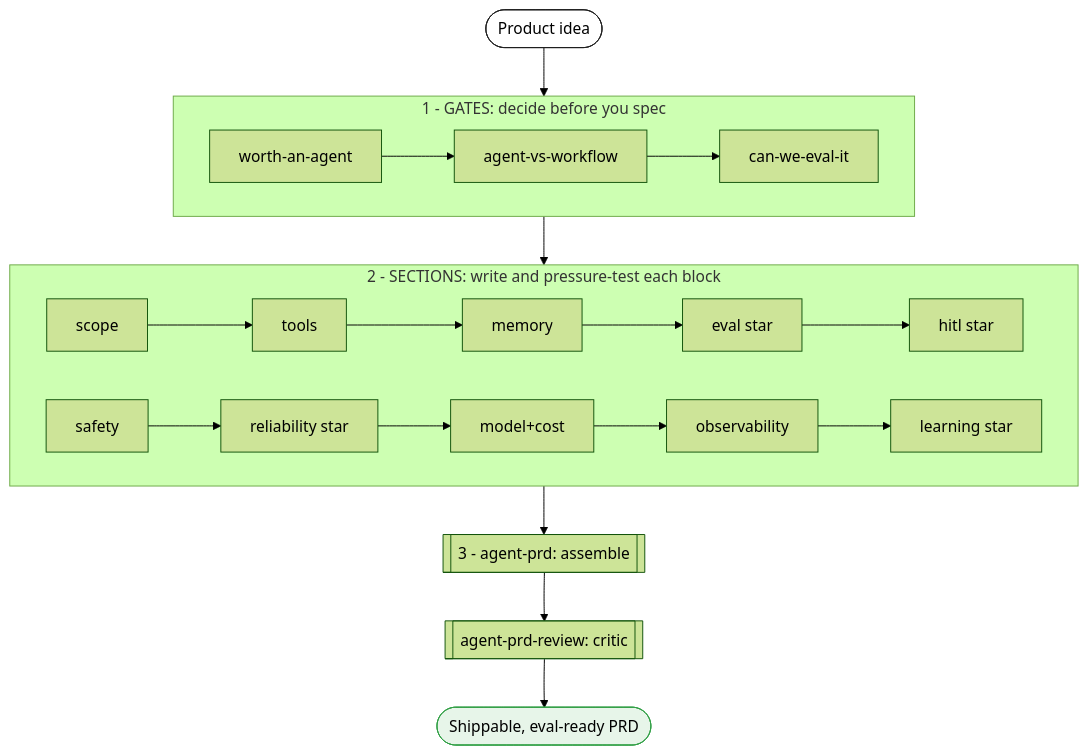
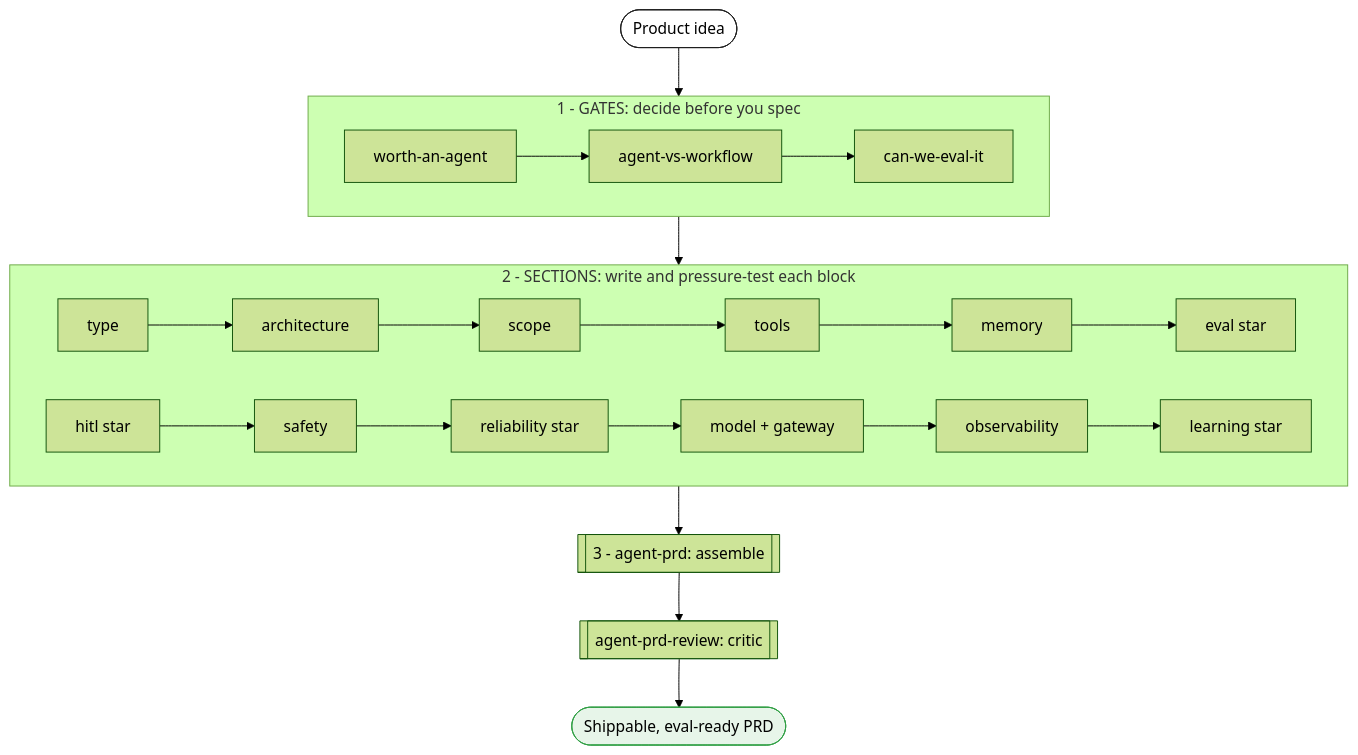
Before and after one commit to mothivenkatesh/agent-blueprint: the first of 4 diagrams in README.md, drawn with Mermaid (forest theme). The commit also changed other lines of this file and 20 other files, not shown here.

````diff
--- a/README.md
+++ b/README.md
@@ -24,19 +63,19 @@
 ```mermaid
 flowchart TD
   idea([Product idea]):::w --> G
   subgraph G["1 - GATES: decide before you spec"]
     direction LR
     g1[worth-an-agent] --> g2[agent-vs-workflow] --> g3[can-we-eval-it]
   end
   G --> S
   subgraph S["2 - SECTIONS: write and pressure-test each block"]
     direction LR
-    s1[scope] --> s2[tools] --> s3[memory] --> s4["eval star"] --> s5["hitl star"]
-    s6[safety] --> s7["reliability star"] --> s8["model+cost"] --> s9[observability] --> s10["learning star"]
+    s1[type] --> s2[architecture] --> s3[scope] --> s4[tools] --> s5[memory] --> s6["eval star"]
+    s7["hitl star"] --> s8[safety] --> s9["reliability star"] --> s10["model + gateway"] --> s11[observability] --> s12["learning star"]
   end
   S --> a[["3 - agent-prd: assemble"]]
   a --> r[["agent-prd-review: critic"]]
   r --> prd([Shippable, eval-ready PRD]):::g
   classDef w fill:#ffffff,stroke:#1e1e1e;
   classDef g fill:#e7f5e9,stroke:#2f9e44;
 ```
````
